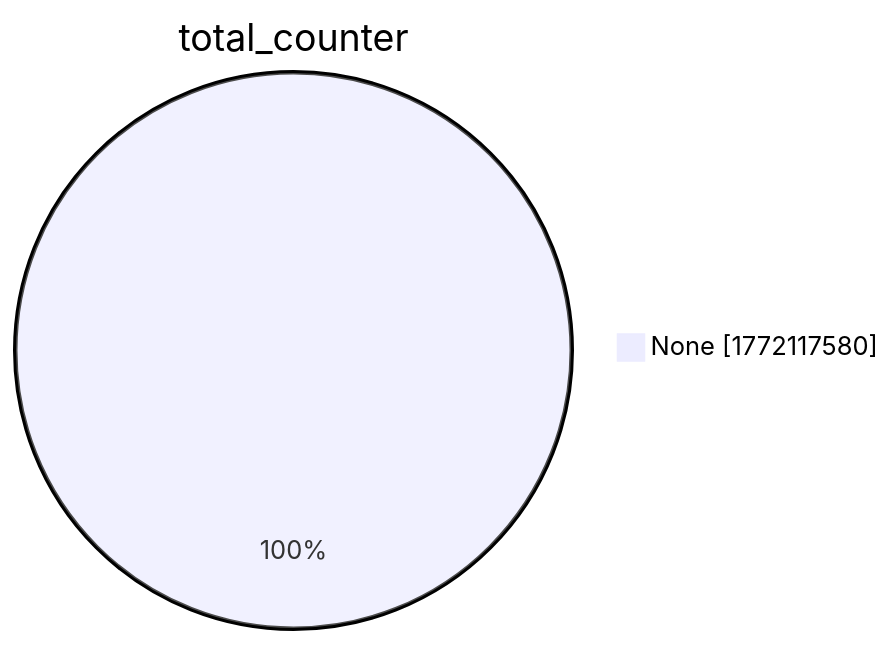
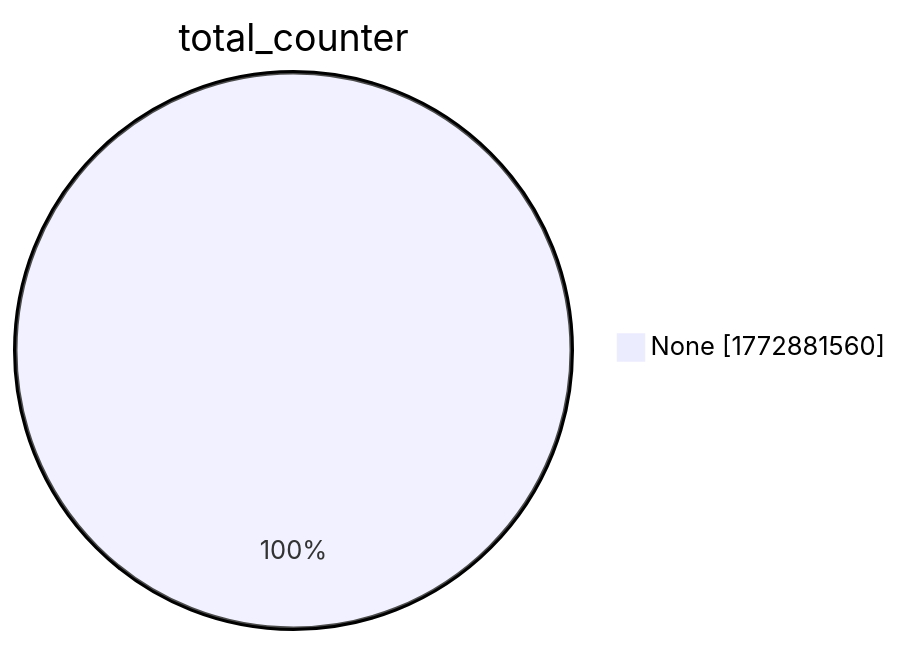
Before and after one commit to christiankrug/ctmonitor_visualization: the second of 15 diagrams in xenon2022/README.md, drawn with Mermaid. The commit also changed other lines of this file, not shown here.

````diff
--- a/xenon2022/README.md
+++ b/xenon2022/README.md
@@ -9,5 +9,5 @@
 ```mermaid
 pie showData
 title total_counter
-"None" :1772117580
+"None" :1772881560
 ```
````
